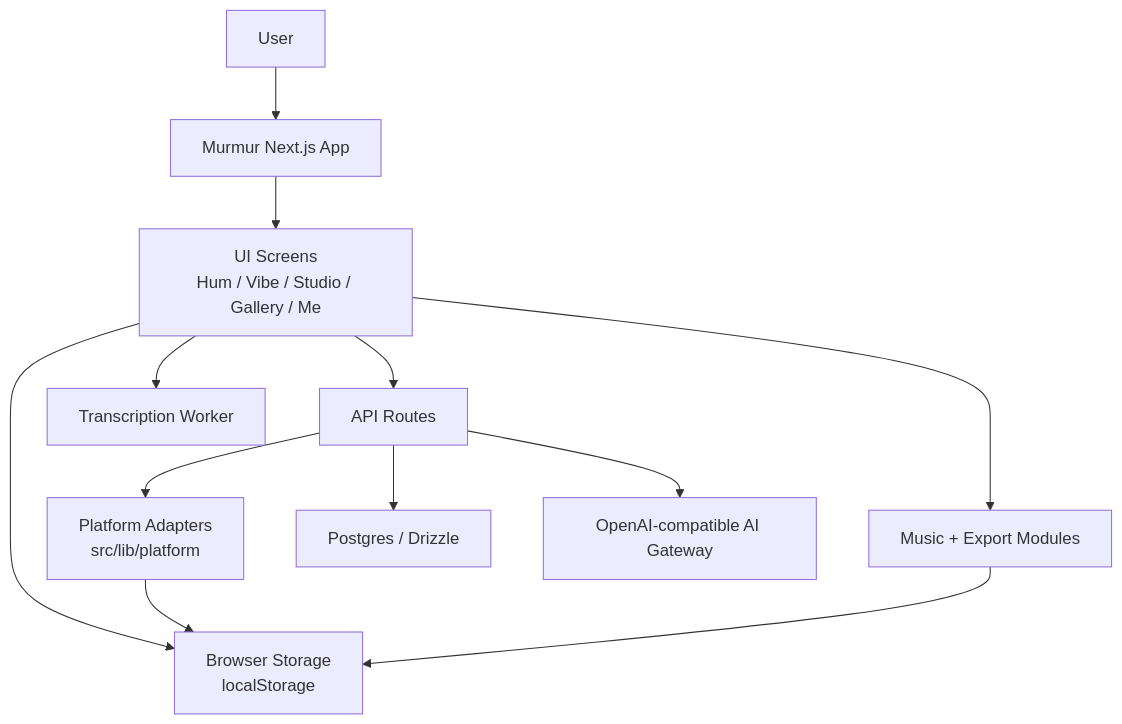
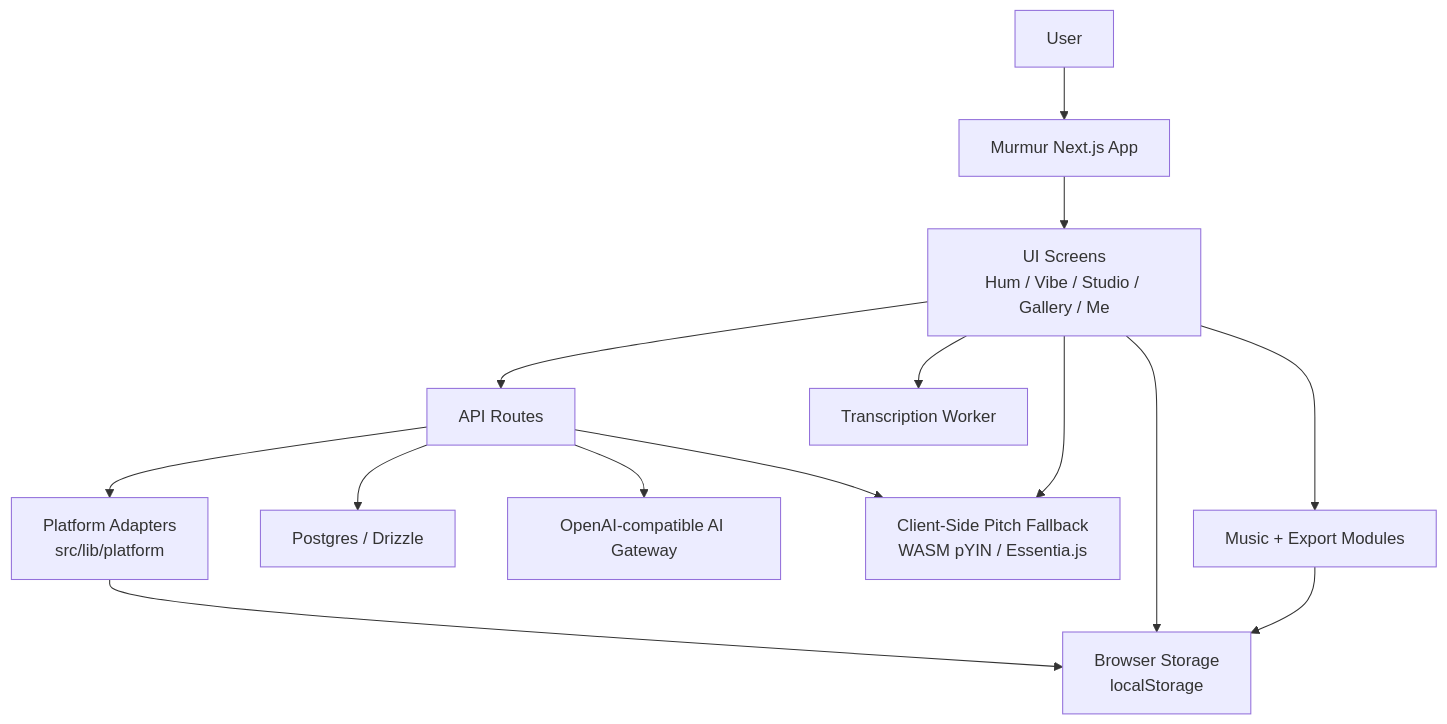
The diagram in docs/architecture.md (p-to-q/murmur), drawn with Mermaid before and after one commit. The commit also changed other lines of this file and 24 other files, not shown here.

Commit message:
docs: v0.6.0 documentation update with client-side WASM fallback, observability, and architecture diagrams

````diff
--- a/docs/architecture.md
+++ b/docs/architecture.md
@@ -47,25 +47,28 @@
 ```mermaid
 flowchart TB
     user["User"]
     app["Murmur Next.js App"]
     ui["UI Screens\nHum / Vibe / Studio / Gallery / Me"]
     routes["API Routes"]
     platform["Platform Adapters\nsrc/lib/platform"]
     music["Music + Export Modules"]
     db["Postgres / Drizzle"]
     ai["OpenAI-compatible AI Gateway"]
     worker["Transcription Worker"]
+    clientPitch["Client-Side Pitch Fallback\nWASM pYIN / Essentia.js"]
     storage["Browser Storage\nlocalStorage"]
 
     user --> app
     app --> ui
     ui --> routes
     ui --> worker
+    ui --> clientPitch
     ui --> storage
     ui --> music
     routes --> platform
     routes --> db
     routes --> ai
+    routes --> clientPitch
     platform --> storage
     music --> storage
 ```
````
